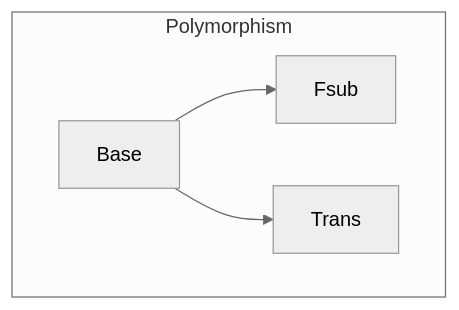
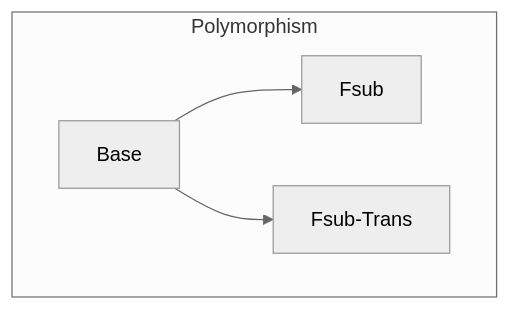
Before and after one commit to TiarkRompf/reachability: the diagram in polymorphism/README.md, drawn with Mermaid (neutral theme). The commit also changed other lines of this file and 1 other file, not shown here.

````diff
--- a/polymorphism/README.md
+++ b/polymorphism/README.md
@@ -11,10 +11,10 @@
 ```mermaid
 graph TD
     subgraph poly[Polymorphism]
       Base
       Fsub
-	  Trans
+	  Fsub-Trans
     end
     Base-->Fsub
-	Base-->Trans
+	Base-->Fsub-Trans
 ```
````
